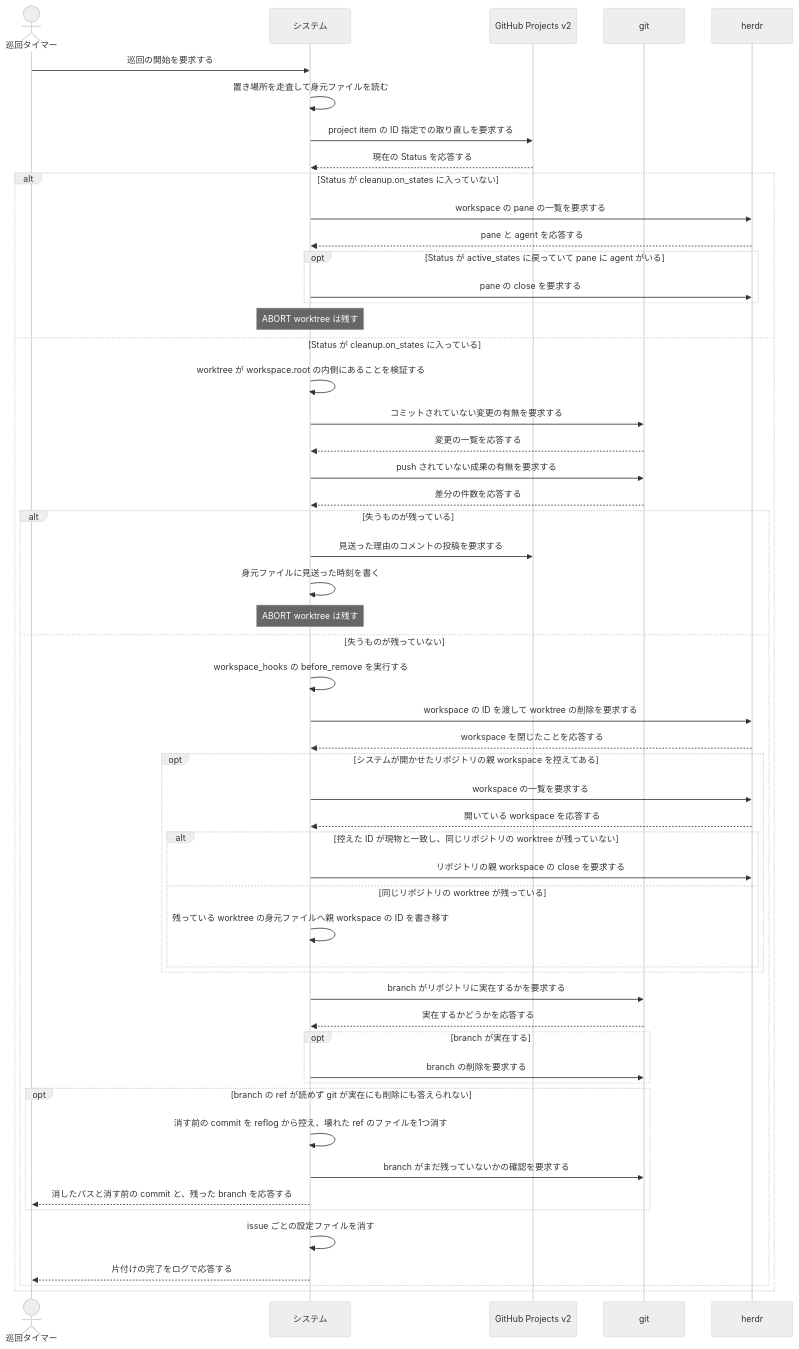
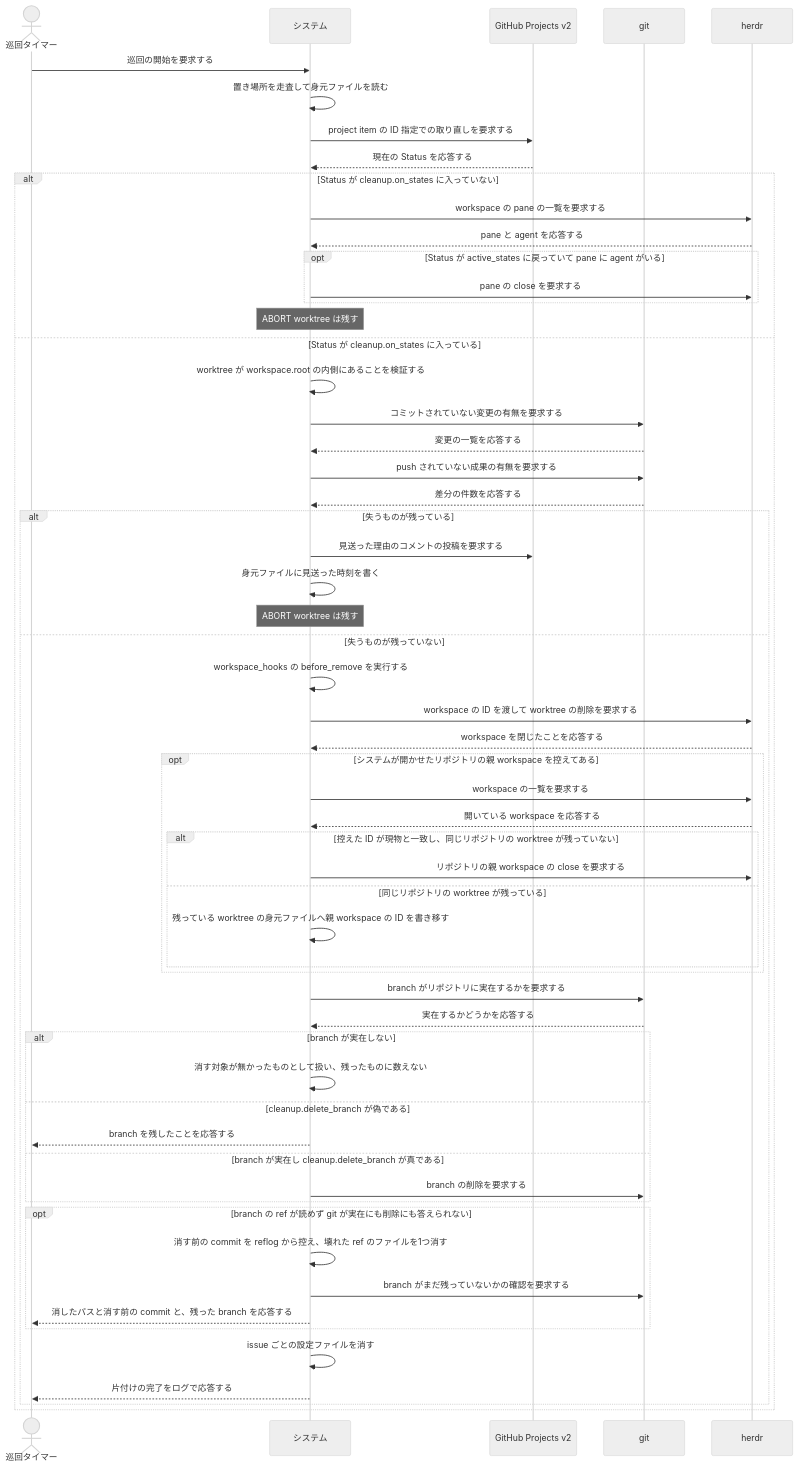
Before and after one commit to maimuzo/continuo: the second of 2 diagrams in docs/spec/usecases/particular_case/worktree と branch を片付ける.rucm.md, drawn with Mermaid (neutral theme). The commit also changed other lines of this file and 30 other files, not shown here.

````diff
--- a/docs/spec/usecases/particular_case/worktree と branch を片付ける.rucm.md
+++ b/docs/spec/usecases/particular_case/worktree と branch を片付ける.rucm.md
@@ -368,57 +395,61 @@
 ```mermaid
 sequenceDiagram
     actor T as 巡回タイマー
     participant S as システム
     participant GH as GitHub Projects v2
     participant G as git
     participant H as herdr
 
     T->>S: 巡回の開始を要求する
     S->>S: 置き場所を走査して身元ファイルを読む
     S->>GH: project item の ID 指定での取り直しを要求する
     GH-->>S: 現在の Status を応答する
     alt Status が cleanup.on_states に入っていない
         S->>H: workspace の pane の一覧を要求する
         H-->>S: pane と agent を応答する
         opt Status が active_states に戻っていて pane に agent がいる
             S->>H: pane の close を要求する
         end
         Note over S: ABORT worktree は残す
     else Status が cleanup.on_states に入っている
         S->>S: worktree が workspace.root の内側にあることを検証する
         S->>G: コミットされていない変更の有無を要求する
         G-->>S: 変更の一覧を応答する
         S->>G: push されていない成果の有無を要求する
         G-->>S: 差分の件数を応答する
         alt 失うものが残っている
             S->>GH: 見送った理由のコメントの投稿を要求する
             S->>S: 身元ファイルに見送った時刻を書く
             Note over S: ABORT worktree は残す
         else 失うものが残っていない
             S->>S: workspace_hooks の before_remove を実行する
             S->>H: workspace の ID を渡して worktree の削除を要求する
             H-->>S: workspace を閉じたことを応答する
             opt システムが開かせたリポジトリの親 workspace を控えてある
                 S->>H: workspace の一覧を要求する
                 H-->>S: 開いている workspace を応答する
                 alt 控えた ID が現物と一致し、同じリポジトリの worktree が残っていない
                     S->>H: リポジトリの親 workspace の close を要求する
                 else 同じリポジトリの worktree が残っている
                     S->>S: 残っている worktree の身元ファイルへ親 workspace の ID を書き移す
                 end
             end
             S->>G: branch がリポジトリに実在するかを要求する
             G-->>S: 実在するかどうかを応答する
-            opt branch が実在する
+            alt branch が実在しない
+                S->>S: 消す対象が無かったものとして扱い、残ったものに数えない
+            else cleanup.delete_branch が偽である
+                S-->>T: branch を残したことを応答する
+            else branch が実在し cleanup.delete_branch が真である
                 S->>G: branch の削除を要求する
             end
             opt branch の ref が読めず git が実在にも削除にも答えられない
                 S->>S: 消す前の commit を reflog から控え、壊れた ref のファイルを1つ消す
                 S->>G: branch がまだ残っていないかの確認を要求する
                 S-->>T: 消したパスと消す前の commit と、残った branch を応答する
             end
             S->>S: issue ごとの設定ファイルを消す
             S-->>T: 片付けの完了をログで応答する
         end
     end
 ```
````
